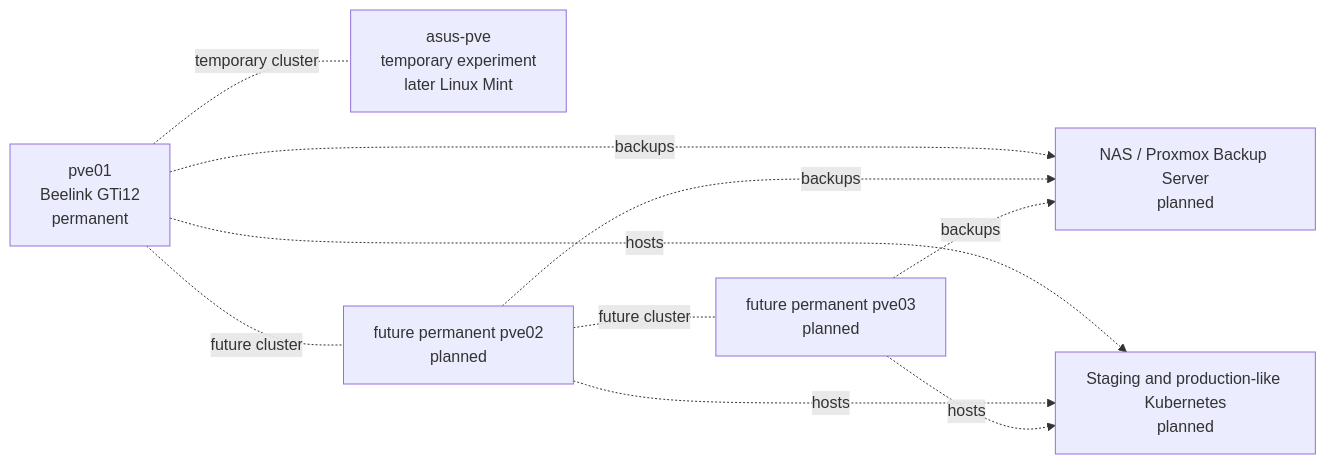
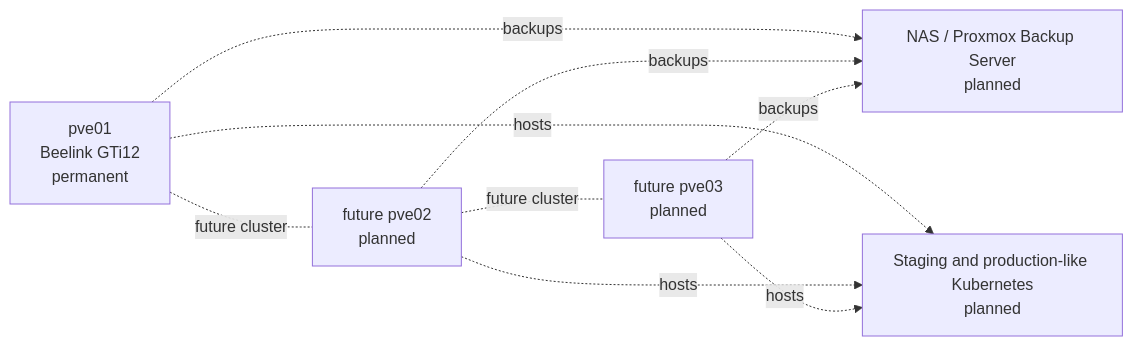
One commit to dgsuma/dgs-private-cloud changed the diagram in docs/10-next-steps.md. Above: the diagram before and after it, drawn with Mermaid. The commit also changed other lines of this file and 19 other files, not shown here.

````diff
--- a/docs/10-next-steps.md
+++ b/docs/10-next-steps.md
@@ -126,19 +77,17 @@
 ```mermaid
 flowchart LR
     PVE1["pve01<br/>Beelink GTi12<br/>permanent"]
-    ASUS["asus-pve<br/>temporary experiment<br/>later Linux Mint"]
-    PVE2["future permanent pve02<br/>planned"]
-    PVE3["future permanent pve03<br/>planned"]
+    PVE2["future pve02<br/>planned"]
+    PVE3["future pve03<br/>planned"]
     Backup["NAS / Proxmox Backup Server<br/>planned"]
     K8s["Staging and production-like Kubernetes<br/>planned"]
 
-    PVE1 -. temporary cluster .- ASUS
     PVE1 -. future cluster .- PVE2
     PVE2 -. future cluster .- PVE3
     PVE1 -. backups .-> Backup
     PVE2 -. backups .-> Backup
     PVE3 -. backups .-> Backup
     PVE1 -. hosts .-> K8s
     PVE2 -. hosts .-> K8s
     PVE3 -. hosts .-> K8s
 ```
````
